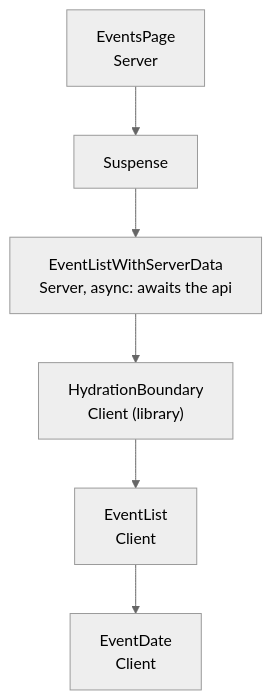
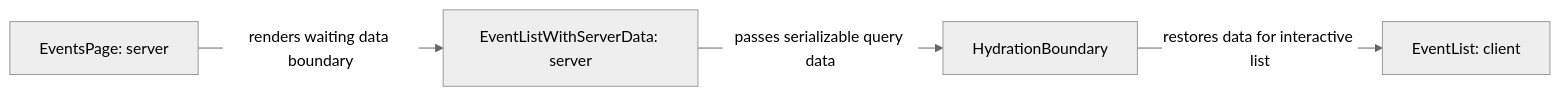
Before and after one commit to maheshnd/minitickets: the diagram in docs/handbook/concepts/server-client-components.md, drawn with Mermaid (neutral theme). The commit also changed other lines of this file and 119 other files, not shown here.

````diff
--- a/docs/handbook/concepts/server-client-components.md
+++ b/docs/handbook/concepts/server-client-components.md
@@ -35,8 +18,6 @@
 ```mermaid
-flowchart TB
-    page["EventsPage<br/>Server"] --> sus["Suspense"]
-    sus --> data["EventListWithServerData<br/>Server, async: awaits the api"]
-    data --> hb["HydrationBoundary<br/>Client (library)"]
-    hb --> list["EventList<br/>Client"]
-    list --> date["EventDate<br/>Client"]
+flowchart LR
+page["EventsPage: server"] -->|"renders waiting data boundary"| data["EventListWithServerData: server"]
+    data -->|"passes serializable query data"| boundary["HydrationBoundary"]
+    boundary -->|"restores data for interactive list"| list["EventList: client"]
 ```
````
